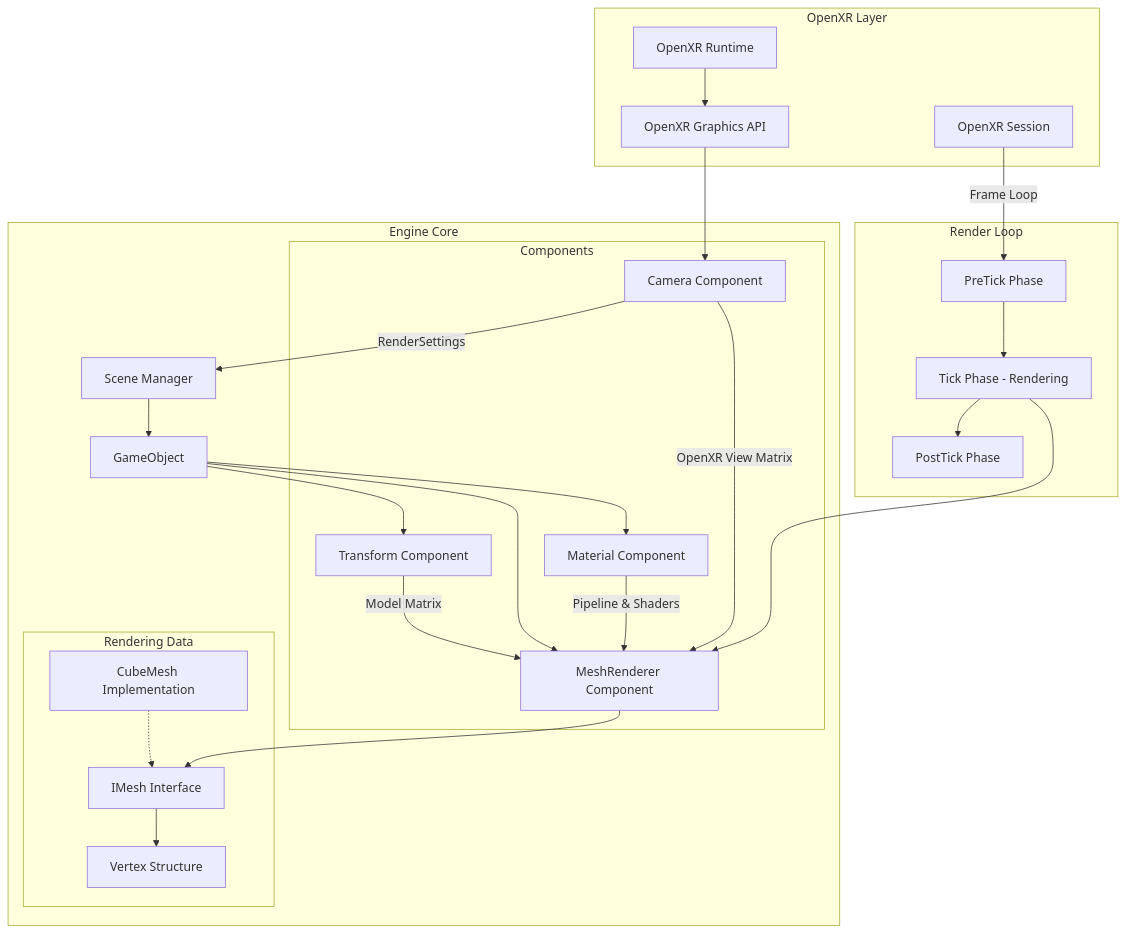
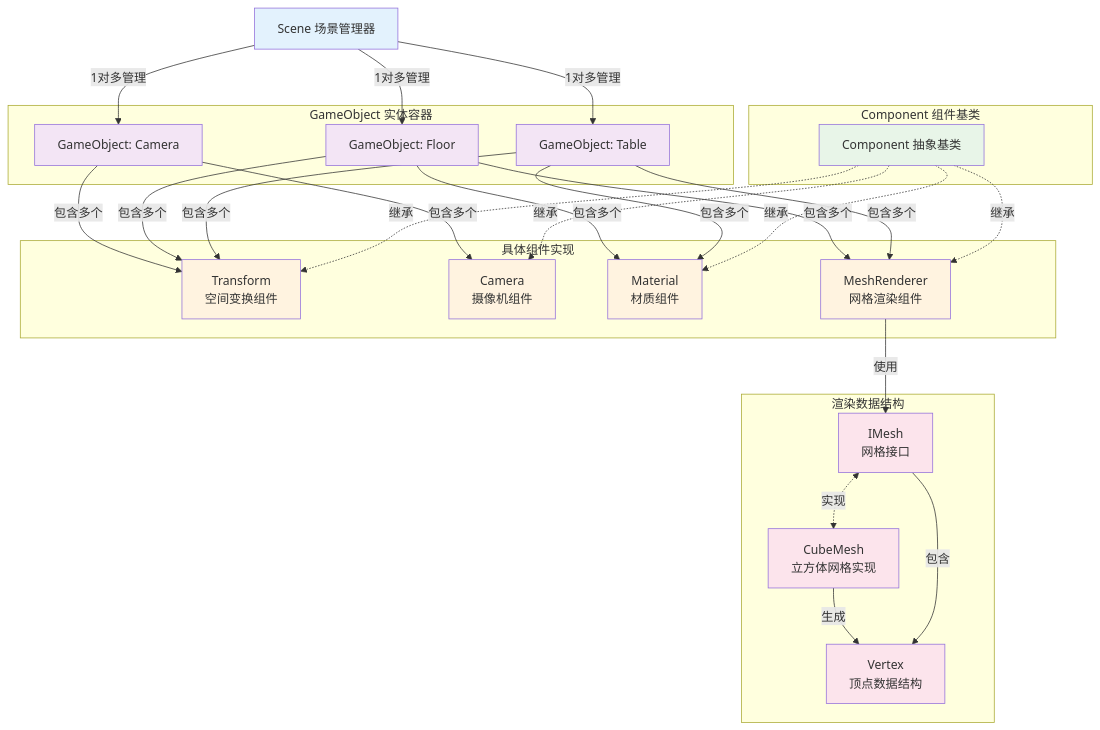
The diagram in Ch08_OpenXRInputAndHaptics/Ch07_OpenXR_Engine.md (xuejiaW/LearnOpenXR), drawn with Mermaid before and after one commit. The commit also changed other lines of this file, not shown here.

Commit message:
doc: ch 08 docs

````diff
--- a/Ch08_OpenXRInputAndHaptics/Ch07_OpenXR_Engine.md
+++ b/Ch08_OpenXRInputAndHaptics/Ch07_OpenXR_Engine.md
@@ -41,52 +54,67 @@
 ```mermaid
 graph TB
-    subgraph "OpenXR Layer"
-        XR[OpenXR Runtime]
-        XRGAPI[OpenXR Graphics API]
-        XRSession[OpenXR Session]
+    Scene[Scene 场景管理器]
+    
+    subgraph "GameObject 实体容器"
+        GO1[GameObject: Camera]
+        GO2[GameObject: Floor]
+        GO3[GameObject: Table]
     end
-
-    subgraph "Engine Core"
-        Scene[Scene Manager]
-        GO[GameObject]
-
-        subgraph "Components"
-            Camera[Camera Component]
-            MeshRenderer[MeshRenderer Component]
-            Material[Material Component]
-            Transform[Transform Component]
-        end
-
-        subgraph "Rendering Data"
-            Mesh[IMesh Interface]
-            Vertex[Vertex Structure]
-            CubeMesh[CubeMesh Implementation]
-        end
+    
+    subgraph "Component 组件基类"
+        Component[Component 抽象基类]
     end
-
-    subgraph "Render Loop"
-        PreTick[PreTick Phase]
-        Tick[Tick Phase - Rendering]
-        PostTick[PostTick Phase]
+    
+    subgraph "具体组件实现"
+        Transform[Transform<br/>空间变换组件]
+        Camera[Camera<br/>摄像机组件]
+        Material[Material<br/>材质组件]
+        MeshRenderer[MeshRenderer<br/>网格渲染组件]
     end
-
-    XR --> XRGAPI
-    XRGAPI --> Camera
-    Camera --> |RenderSettings| Scene
-    Scene --> GO
-    GO --> Transform
-    GO --> MeshRenderer
-    GO --> Material
-    MeshRenderer --> Mesh
-    Mesh --> Vertex
-    CubeMesh -.-> Mesh
-
-    XRSession --> |Frame Loop| PreTick
-    PreTick --> Tick
-    Tick --> PostTick
-    Tick --> MeshRenderer
-
-    Camera --> |OpenXR View Matrix| MeshRenderer
-    Material --> |Pipeline & Shaders| MeshRenderer
-    Transform --> |Model Matrix| MeshRenderer
+    
+    subgraph "渲染数据结构"
+        IMesh[IMesh<br/>网格接口]
+        CubeMesh[CubeMesh<br/>立方体网格实现]
+        Vertex[Vertex<br/>顶点数据结构]
+    end
+    
+    %% Scene 与 GameObject 的一对多关系
+    Scene -->|1对多管理| GO1
+    Scene -->|1对多管理| GO2
+    Scene -->|1对多管理| GO3
+    
+    %% GameObject 与 Component 的一对多关系
+    GO1 -->|包含多个| Transform
+    GO1 -->|包含多个| Camera
+    GO2 -->|包含多个| Transform
+    GO2 -->|包含多个| Material
+    GO2 -->|包含多个| MeshRenderer
+    GO3 -->|包含多个| Transform
+    GO3 -->|包含多个| Material
+    GO3 -->|包含多个| MeshRenderer
+    
+    %% 继承关系
+    Component -.->|继承| Transform
+    Component -.->|继承| Camera
+    Component -.->|继承| Material
+    Component -.->|继承| MeshRenderer
+    
+    %% 使用关系
+    MeshRenderer -->|使用| IMesh
+    IMesh <-.->|实现| CubeMesh
+    CubeMesh -->|生成| Vertex
+    IMesh -->|包含| Vertex
+    
+    %% 样式定义
+    classDef scene fill:#e3f2fd
+    classDef gameobject fill:#f3e5f5
+    classDef component fill:#e8f5e8
+    classDef concrete fill:#fff3e0
+    classDef data fill:#fce4ec
+    
+    class Scene scene
+    class GO1,GO2,GO3 gameobject
+    class Component component
+    class Transform,Camera,Material,MeshRenderer concrete
+    class IMesh,CubeMesh,Vertex data
 ```
````
